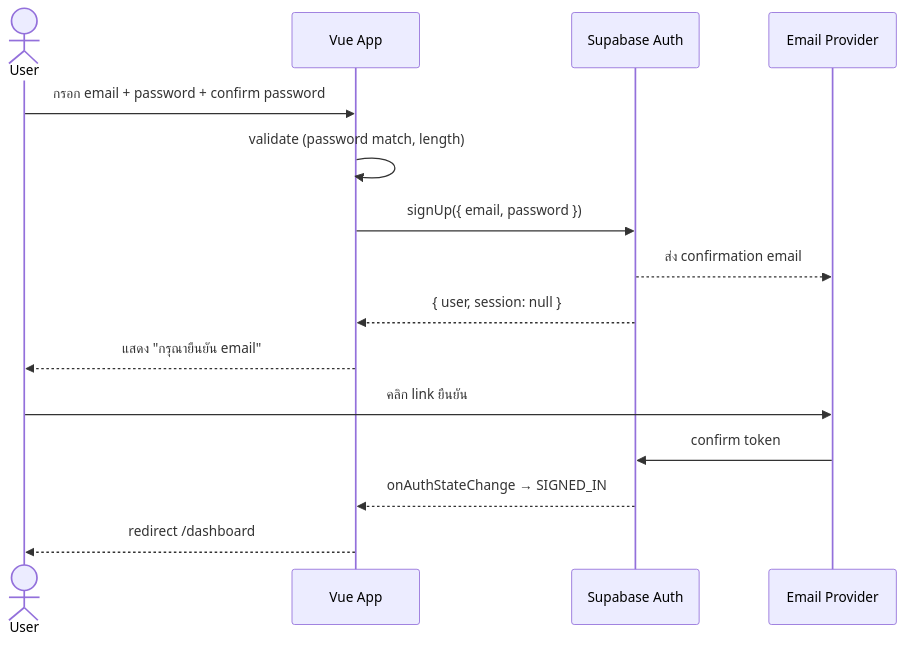
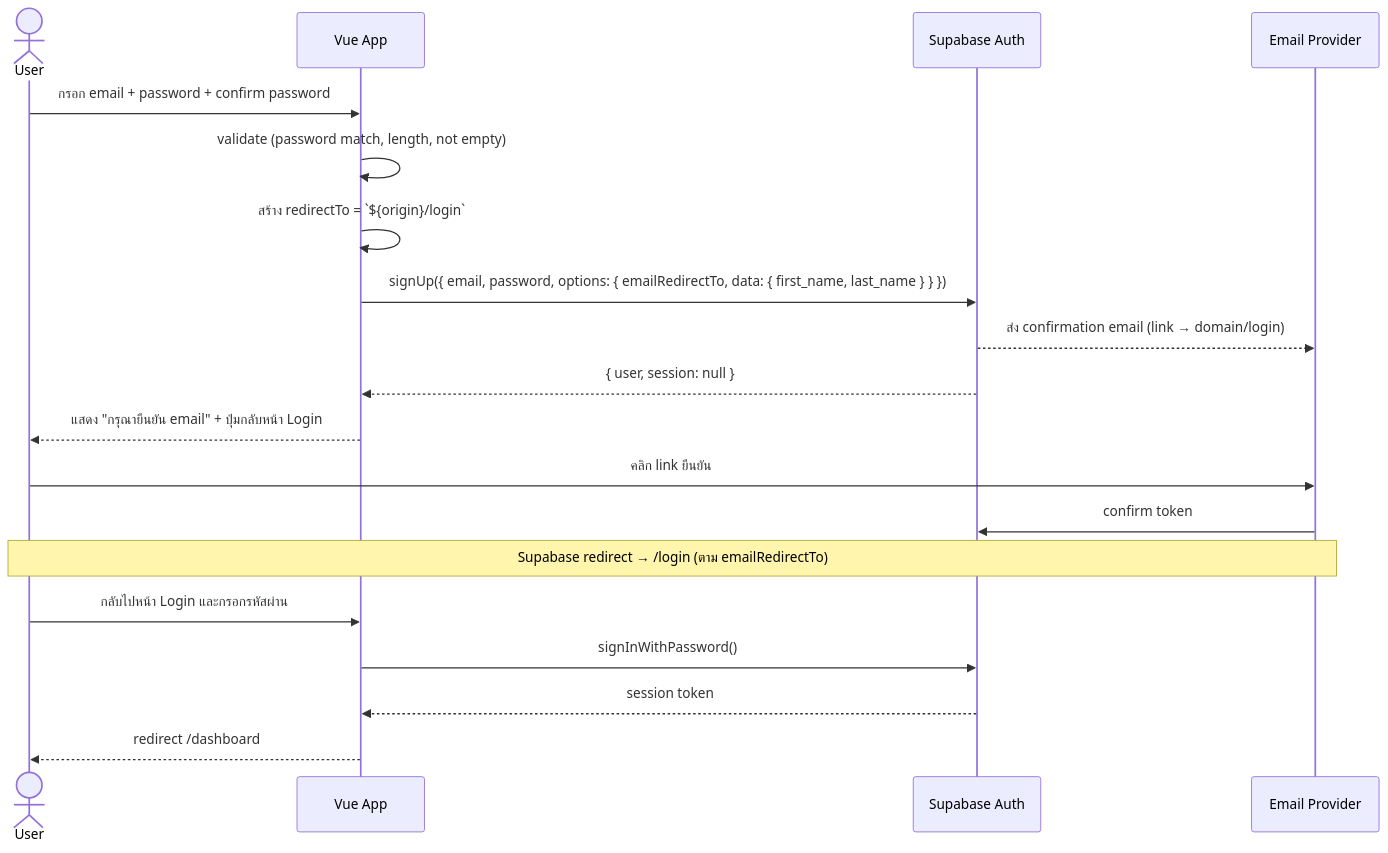
Before and after one commit to KomnutWanNTL/KidHealthTracker: the third of 5 diagrams in .docs/requirements-kidhealth-tracker.md, drawn with Mermaid. The commit also changed other lines of this file and 9 other files, not shown here.

````diff
--- a/.docs/requirements-kidhealth-tracker.md
+++ b/.docs/requirements-kidhealth-tracker.md
@@ -84,19 +97,23 @@
 ```mermaid
 sequenceDiagram
     actor User
     participant Vue as Vue App
     participant Supabase as Supabase Auth
     participant Email as Email Provider
 
     User->>Vue: กรอก email + password + confirm password
-    Vue->>Vue: validate (password match, length)
-    Vue->>Supabase: signUp({ email, password })
-    Supabase-->>Email: ส่ง confirmation email
+    Vue->>Vue: validate (password match, length, not empty)
+    Vue->>Vue: สร้าง redirectTo = `${origin}/login`
+    Vue->>Supabase: signUp({ email, password, options: { emailRedirectTo, data: { first_name, last_name } } })
+    Supabase-->>Email: ส่ง confirmation email (link → domain/login)
     Supabase-->>Vue: { user, session: null }
-    Vue-->>User: แสดง "กรุณายืนยัน email"
+    Vue-->>User: แสดง "กรุณายืนยัน email" + ปุ่มกลับหน้า Login
 
     User->>Email: คลิก link ยืนยัน
     Email->>Supabase: confirm token
-    Supabase-->>Vue: onAuthStateChange → SIGNED_IN
+    Note over User,Email: Supabase redirect → /login (ตาม emailRedirectTo)
+    User->>Vue: กลับไปหน้า Login และกรอกรหัสผ่าน
+    Vue->>Supabase: signInWithPassword()
+    Supabase-->>Vue: session token
     Vue-->>User: redirect /dashboard
 ```
````
